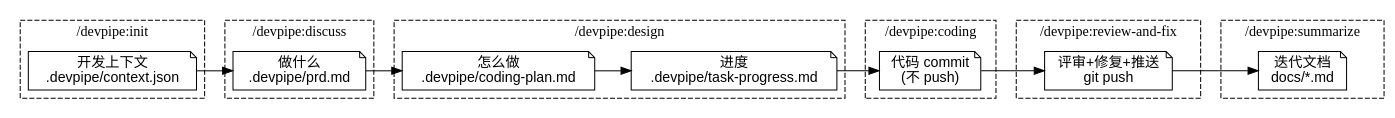
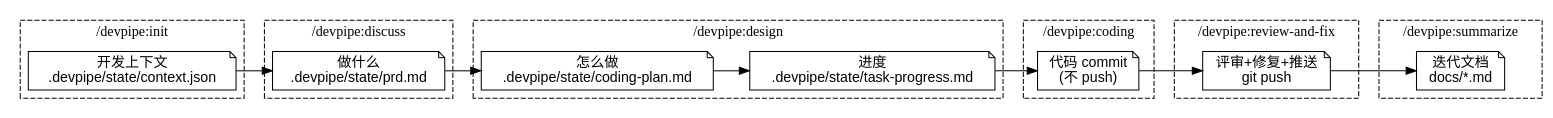
The diagram in user_story.md (hexueyuan/devpipe), drawn with Graphviz before and after one commit. The commit also changed other lines of this file and 20 other files, not shown here.

````diff
--- a/user_story.md
+++ b/user_story.md
@@ -659,46 +659,46 @@
 ```dot
 digraph devpipe_file_flow {
     rankdir=LR;
     node [shape=box, style=rounded, fontname="Helvetica"];
     edge [fontname="Helvetica"];
 
     subgraph cluster_init {
         label="/devpipe:init";
         style=dashed;
-        init [label="开发上下文\n.devpipe/context.json", shape=note];
+        init [label="开发上下文\n.devpipe/state/context.json", shape=note];
     }
 
     subgraph cluster_discuss {
         label="/devpipe:discuss";
         style=dashed;
-        spec [label="做什么\n.devpipe/prd.md", shape=note];
+        spec [label="做什么\n.devpipe/state/prd.md", shape=note];
     }
 
     subgraph cluster_design {
         label="/devpipe:design";
         style=dashed;
-        plan [label="怎么做\n.devpipe/coding-plan.md", shape=note];
-        progress [label="进度\n.devpipe/task-progress.md", shape=note];
+        plan [label="怎么做\n.devpipe/state/coding-plan.md", shape=note];
+        progress [label="进度\n.devpipe/state/task-progress.md", shape=note];
     }
 
     subgraph cluster_coding {
         label="/devpipe:coding";
         style=dashed;
         commit [label="代码 commit\n(不 push)", shape=note];
     }
 
     subgraph cluster_review {
         label="/devpipe:review-and-fix";
         style=dashed;
         push [label="评审+修复+推送\ngit push", shape=note];
     }
 
     subgraph cluster_summarize {
         label="/devpipe:summarize";
         style=dashed;
         doc [label="迭代文档\ndocs/*.md", shape=note];
     }
 
     init -> spec -> plan -> progress -> commit -> push -> doc;
 }
 ```
````
